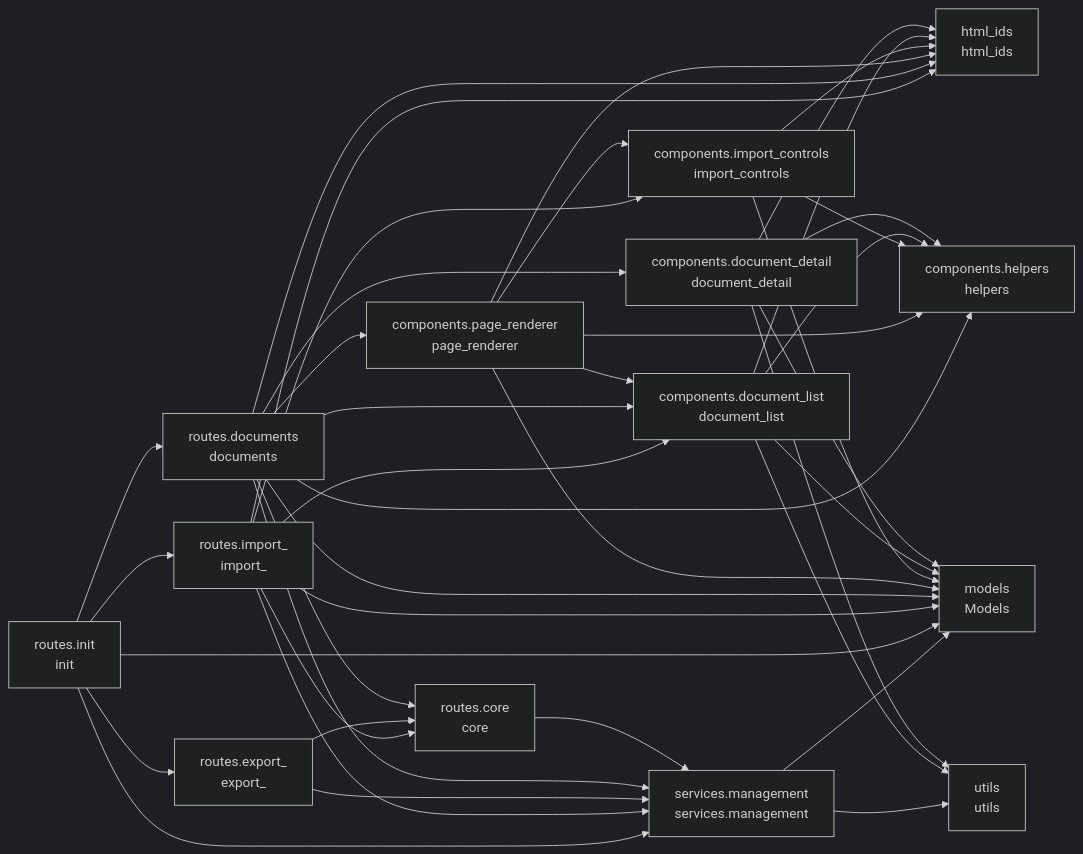
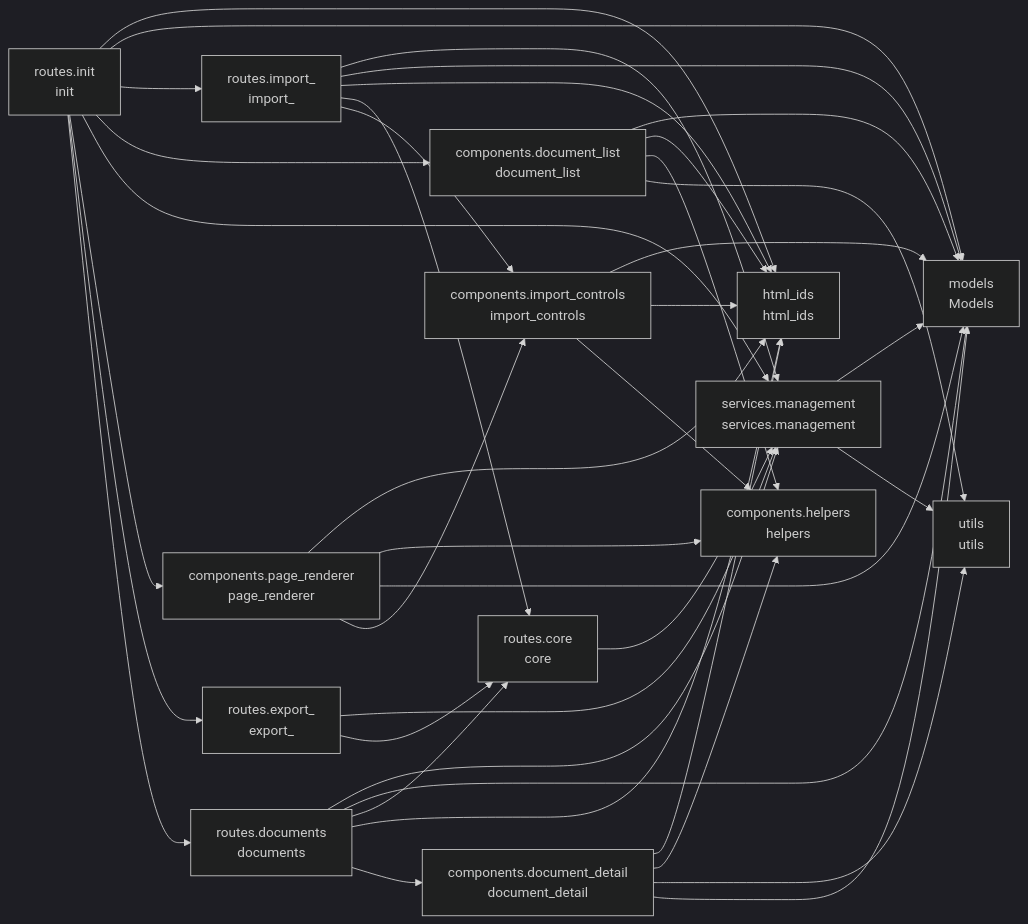
Before and after one commit to cj-mills/cjm-transcript-workflow-management: the diagram in README.md, drawn with Mermaid (dark theme). The commit also changed other lines of this file and 18 other files, not shown here.

Commit message:
Replace HTML table with virtual collection for windowed rendering, keyboard navigation, server-side selection, sortable columns, and targeted OOB delete/import updates.

````diff
--- a/README.md
+++ b/README.md
@@ -37,58 +37,56 @@
 ``` mermaid
 graph LR
     components_document_detail[components.document_detail<br/>document_detail]
     components_document_list[components.document_list<br/>document_list]
     components_helpers[components.helpers<br/>helpers]
     components_import_controls[components.import_controls<br/>import_controls]
     components_page_renderer[components.page_renderer<br/>page_renderer]
     html_ids[html_ids<br/>html_ids]
     models[models<br/>Models]
     routes_core[routes.core<br/>core]
     routes_documents[routes.documents<br/>documents]
     routes_export_[routes.export_<br/>export_]
     routes_import_[routes.import_<br/>import_]
     routes_init[routes.init<br/>init]
     services_management[services.management<br/>services.management]
     utils[utils<br/>utils]
 
     components_document_detail --> html_ids
+    components_document_detail --> components_helpers
+    components_document_detail --> utils
     components_document_detail --> models
-    components_document_detail --> utils
-    components_document_detail --> components_helpers
+    components_document_list --> models
     components_document_list --> html_ids
+    components_document_list --> components_helpers
     components_document_list --> utils
-    components_document_list --> components_helpers
-    components_document_list --> models
+    components_import_controls --> models
     components_import_controls --> html_ids
     components_import_controls --> components_helpers
-    components_import_controls --> models
     components_page_renderer --> html_ids
-    components_page_renderer --> components_document_list
+    components_page_renderer --> components_helpers
     components_page_renderer --> models
-    components_page_renderer --> components_helpers
     components_page_renderer --> components_import_controls
     routes_core --> services_management
+    routes_documents --> services_management
+    routes_documents --> models
+    routes_documents --> routes_core
     routes_documents --> html_ids
-    routes_documents --> components_helpers
-    routes_documents --> services_management
-    routes_documents --> components_page_renderer
-    routes_documents --> routes_core
-    routes_documents --> components_document_list
     routes_documents --> components_document_detail
-    routes_documents --> models
     routes_export_ --> services_management
     routes_export_ --> routes_core
-    routes_import_ --> html_ids
     routes_import_ --> services_management
     routes_import_ --> models
+    routes_import_ --> html_ids
     routes_import_ --> routes_core
-    routes_import_ --> components_document_list
     routes_import_ --> components_import_controls
+    routes_init --> html_ids
+    routes_init --> models
+    routes_init --> routes_import_
+    routes_init --> components_document_list
+    routes_init --> services_management
+    routes_init --> components_page_renderer
+    routes_init --> routes_export_
     routes_init --> routes_documents
-    routes_init --> services_management
-    routes_init --> routes_export_
-    routes_init --> routes_import_
-    routes_init --> models
     services_management --> models
     services_management --> utils
 ```
````
